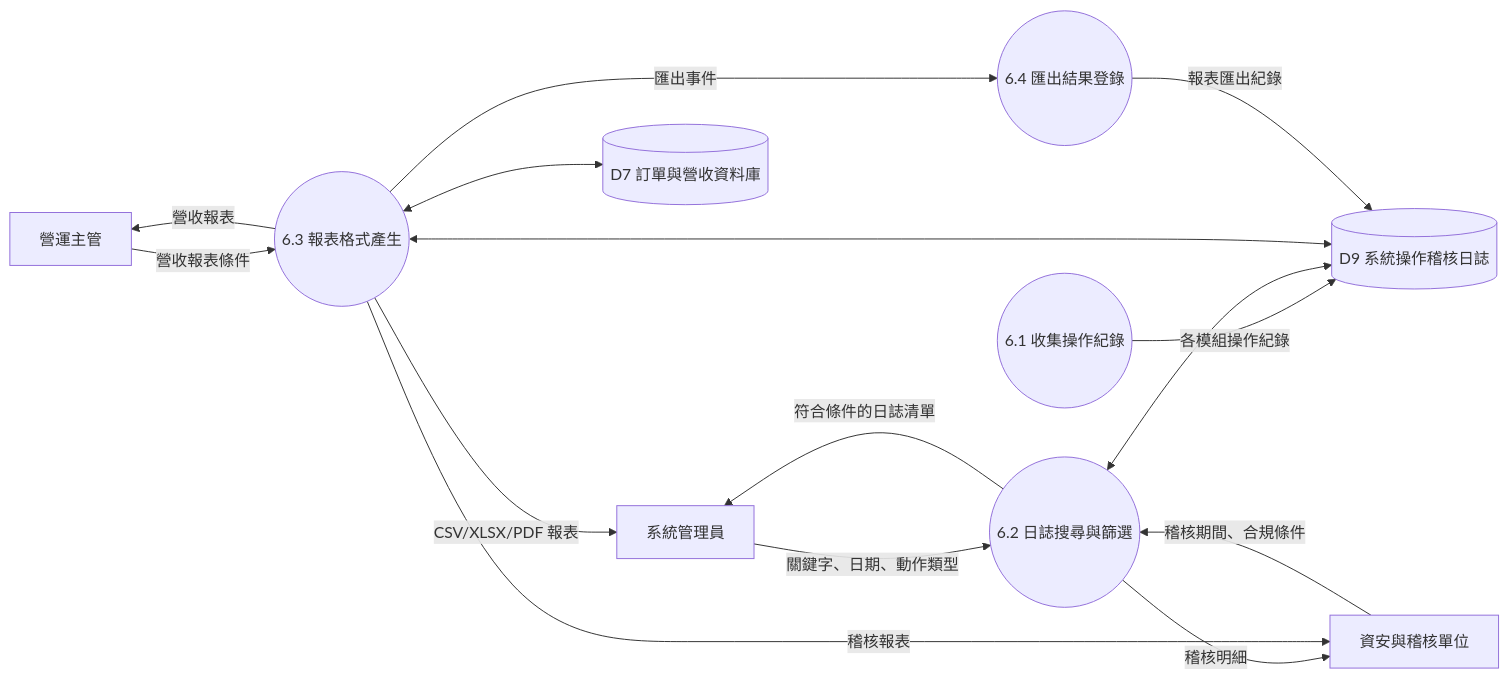
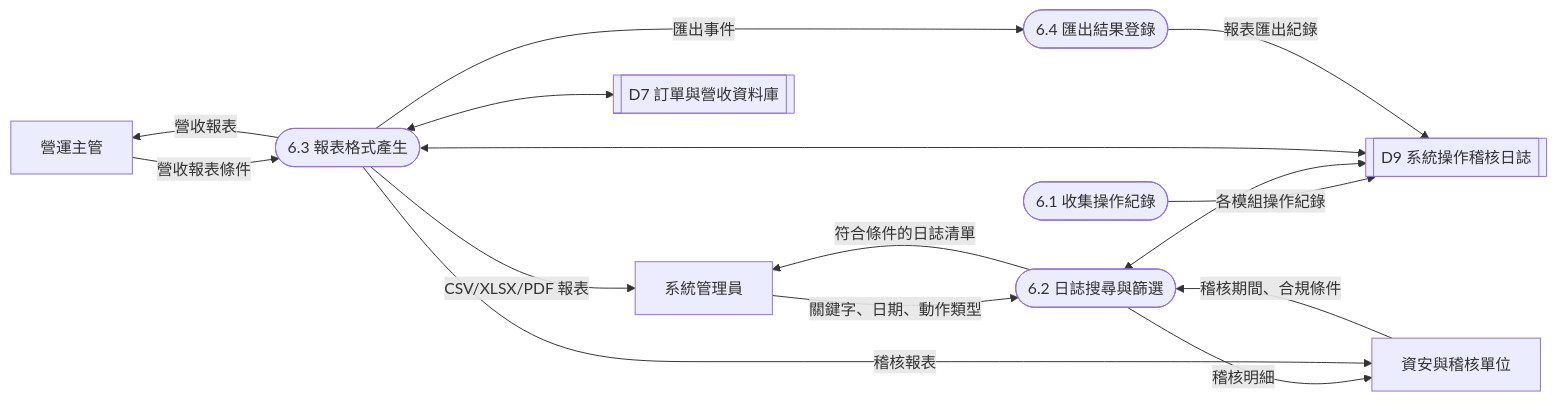
One commit to benson927/LINE_FARM changed the ninth of 9 diagrams in docs/dfd-diagrams.md. Above: the diagram before and after it, drawn with Mermaid. The commit also changed other lines of this file, not shown here.

Commit message:
Update DFD diagram notation style

````diff
--- a/docs/dfd-diagrams.md
+++ b/docs/dfd-diagrams.md
@@ -358,30 +367,30 @@
 ```mermaid
 flowchart LR
   Admin[系統管理員]
   OpsLead[營運主管]
   Security[資安與稽核單位]
-  P61((6.1 收集操作紀錄))
-  P62((6.2 日誌搜尋與篩選))
-  P63((6.3 報表格式產生))
-  P64((6.4 匯出結果登錄))
-  D7[(D7 訂單與營收資料庫)]
-  D9[(D9 系統操作稽核日誌)]
+  P61([6.1 收集操作紀錄])
+  P62([6.2 日誌搜尋與篩選])
+  P63([6.3 報表格式產生])
+  P64([6.4 匯出結果登錄])
+  D7[[D7 訂單與營收資料庫]]
+  D9[[D9 系統操作稽核日誌]]
 
   P61 -->|各模組操作紀錄| D9
   Admin -->|關鍵字、日期、動作類型| P62
   OpsLead -->|營收報表條件| P63
   Security -->|稽核期間、合規條件| P62
 
   P62 <--> D9
   P62 -->|符合條件的日誌清單| Admin
   P62 -->|稽核明細| Security
 
   P63 <--> D7
   P63 <--> D9
   P63 -->|CSV/XLSX/PDF 報表| Admin
   P63 -->|營收報表| OpsLead
   P63 -->|稽核報表| Security
 
   P63 -->|匯出事件| P64
   P64 -->|報表匯出紀錄| D9
 ```
````
